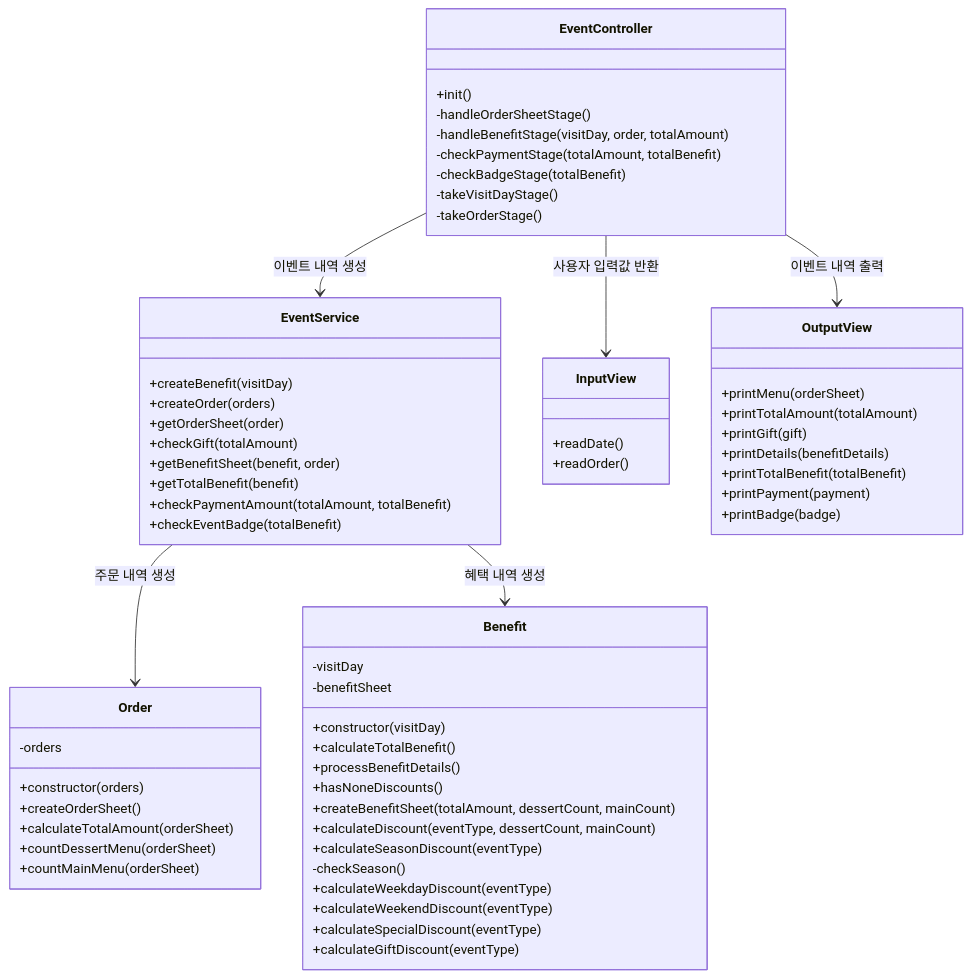
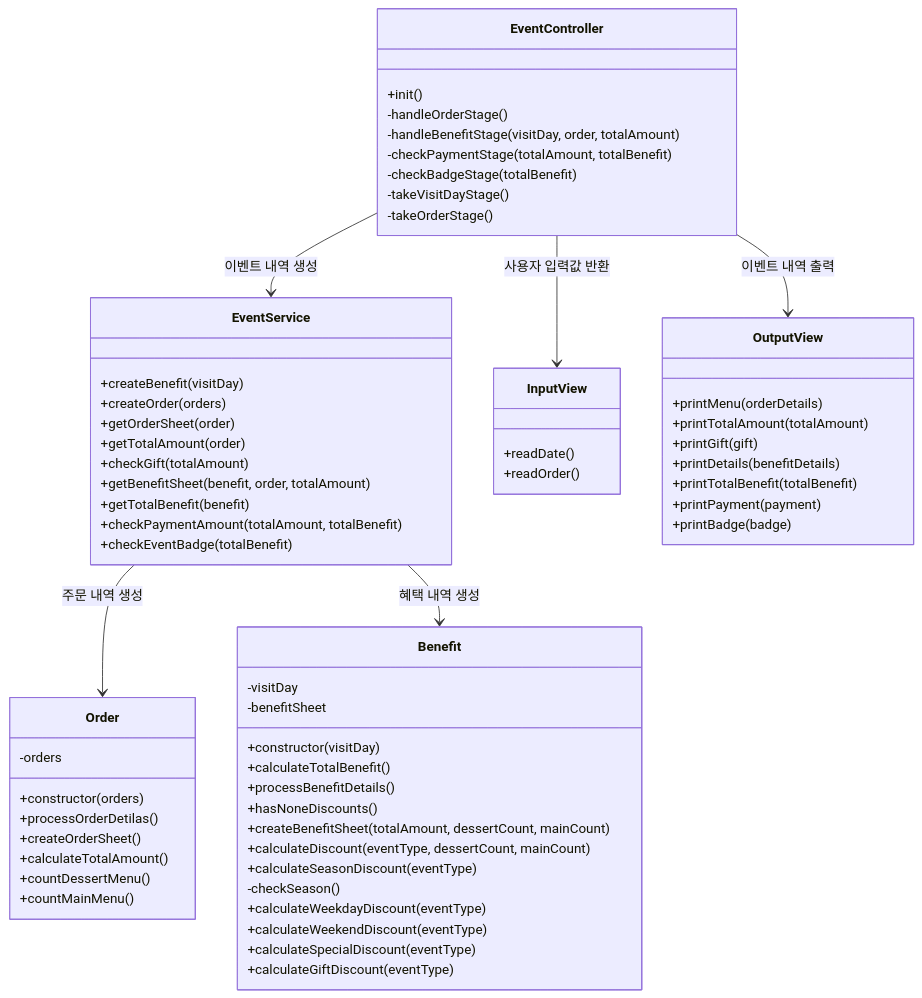
The first of 2 diagrams in docs/README.md (studioOwol/javascript-christmas-6-studioOwol), drawn with Mermaid before and after one commit.

Commit message:
docs: README.md 수정

````diff
--- a/docs/README.md
+++ b/docs/README.md
@@ -135,72 +135,74 @@
 ```mermaid
 
 classDiagram
   class EventController {
     +init()
-    -handleOrderSheetStage()
+    -handleOrderStage()
     -handleBenefitStage(visitDay, order, totalAmount)
     -checkPaymentStage(totalAmount, totalBenefit)
     -checkBadgeStage(totalBenefit)
     -takeVisitDayStage()
     -takeOrderStage()
   }
 
   class EventService {
     +createBenefit(visitDay)
     +createOrder(orders)
     +getOrderSheet(order)
+    +getTotalAmount(order)
     +checkGift(totalAmount)
-    +getBenefitSheet(benefit, order)
+    +getBenefitSheet(benefit, order, totalAmount)
     +getTotalBenefit(benefit)
     +checkPaymentAmount(totalAmount, totalBenefit)
     +checkEventBadge(totalBenefit)
   }
 
   class Order {
     -orders
     +constructor(orders)
+    +processOrderDetilas()
     +createOrderSheet()
-    +calculateTotalAmount(orderSheet)
-    +countDessertMenu(orderSheet)
-    +countMainMenu(orderSheet)
+    +calculateTotalAmount()
+    +countDessertMenu()
+    +countMainMenu()
   }
 
   class Benefit {
     -visitDay
     -benefitSheet
     +constructor(visitDay)
     +calculateTotalBenefit()
     +processBenefitDetails()
     +hasNoneDiscounts()
     +createBenefitSheet(totalAmount, dessertCount, mainCount)
     +calculateDiscount(eventType, dessertCount, mainCount)
     +calculateSeasonDiscount(eventType)
     -checkSeason()
     +calculateWeekdayDiscount(eventType)
     +calculateWeekendDiscount(eventType)
     +calculateSpecialDiscount(eventType)
     +calculateGiftDiscount(eventType)
   }
 
   class InputView {
     +readDate()
     +readOrder()
   }
 
   class OutputView {
-    +printMenu(orderSheet)
+    +printMenu(orderDetails)
     +printTotalAmount(totalAmount)
     +printGift(gift)
     +printDetails(benefitDetails)
     +printTotalBenefit(totalBenefit)
     +printPayment(payment)
     +printBadge(badge)
   }
 
   EventController --> EventService : 이벤트 내역 생성
   EventController --> InputView : 사용자 입력값 반환
   EventController --> OutputView : 이벤트 내역 출력
   EventService --> Order : 주문 내역 생성
   EventService --> Benefit : 혜택 내역 생성
 
 ```
````
